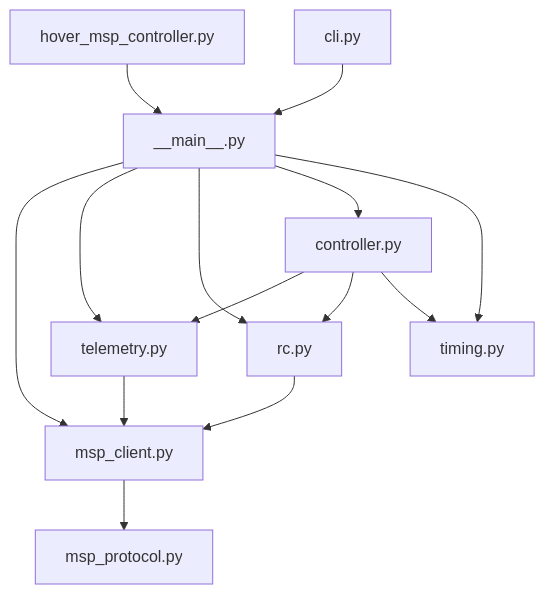
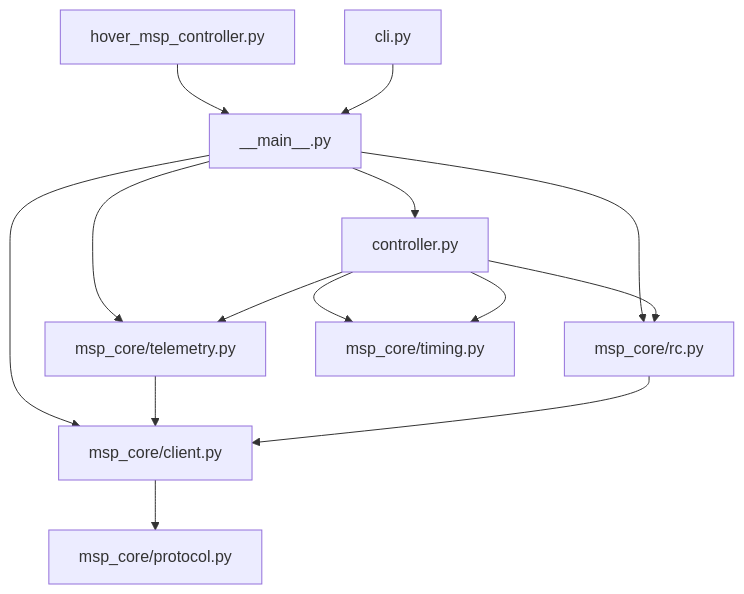
Before and after one commit to robobe/gz_betaflight_bridge: the first of 3 diagrams in docs/msp_hover_code_design.md, drawn with Mermaid. The commit also changed other lines of this file and 15 other files, not shown here.

````diff
--- a/docs/msp_hover_code_design.md
+++ b/docs/msp_hover_code_design.md
@@ -7,17 +7,17 @@
 ```mermaid
 flowchart TB
     WRAP[hover_msp_controller.py] --> MAIN[__main__.py]
     CLI[cli.py] --> MAIN
-    MAIN --> CLIENT[msp_client.py]
-    MAIN --> TEL[telemetry.py]
-    MAIN --> RC[rc.py]
+    MAIN --> CLIENT[msp_core/client.py]
+    MAIN --> TEL[msp_core/telemetry.py]
+    MAIN --> RC[msp_core/rc.py]
     MAIN --> CTRL[controller.py]
-    MAIN --> TIME[timing.py]
+    CTRL --> TIME[msp_core/timing.py]
 
-    CLIENT --> PROTO[msp_protocol.py]
+    CLIENT --> PROTO[msp_core/protocol.py]
     TEL --> CLIENT
     RC --> CLIENT
     CTRL --> TEL
     CTRL --> RC
     CTRL --> TIME
 ```
````
